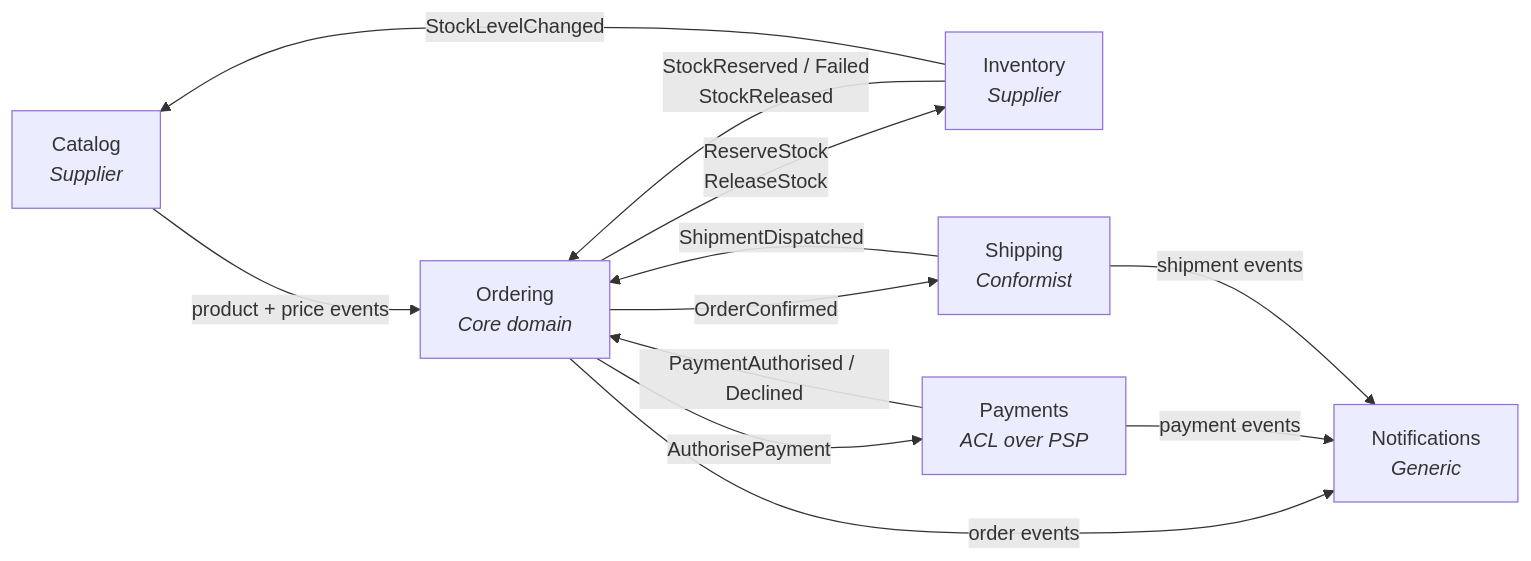
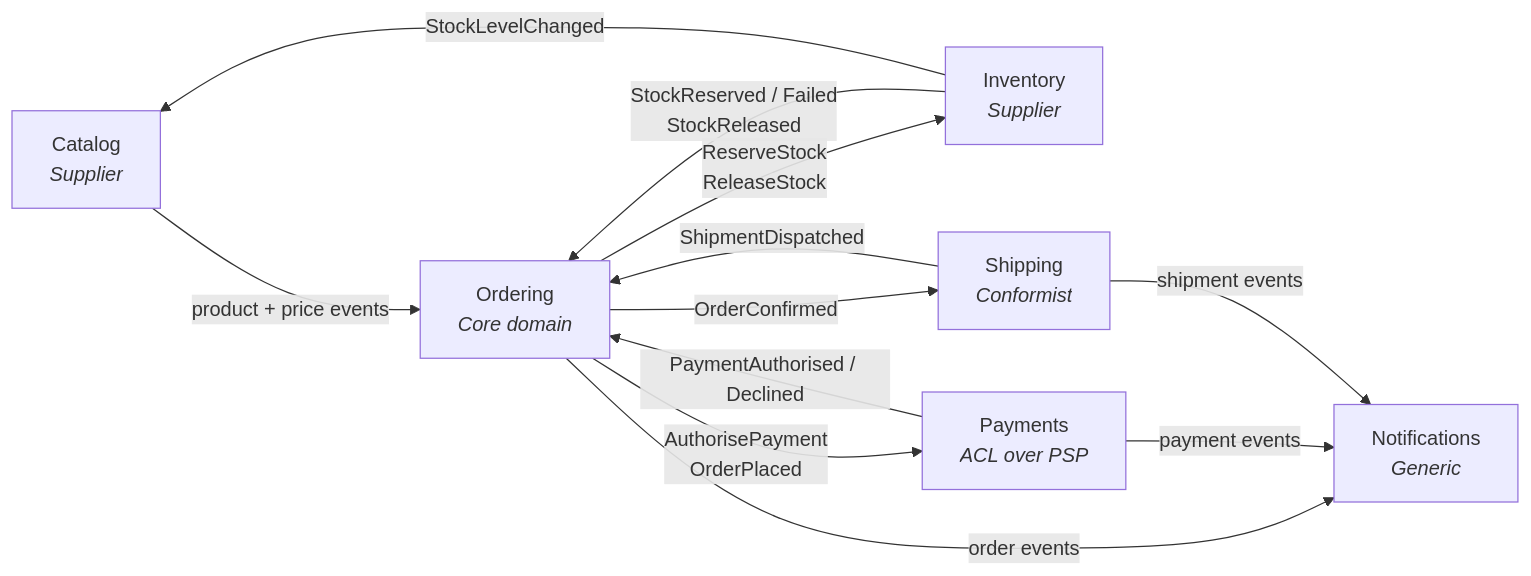
The diagram in docs/backend-architecture/03-bounded-contexts.md (alexander-shamray/dotnet-ddd-blueprint), drawn with Mermaid before and after one commit. The commit also changed other lines of this file and 5 other files, not shown here.

````diff
--- a/docs/backend-architecture/03-bounded-contexts.md
+++ b/docs/backend-architecture/03-bounded-contexts.md
@@ -10,21 +10,21 @@
 ```mermaid
 graph LR
     CAT[Catalog<br/><i>Supplier</i>]
     ORD[Ordering<br/><i>Core domain</i>]
     INV[Inventory<br/><i>Supplier</i>]
     PAY[Payments<br/><i>ACL over PSP</i>]
     SHP[Shipping<br/><i>Conformist</i>]
     NOT[Notifications<br/><i>Generic</i>]
 
     CAT -->|product + price events| ORD
     ORD -->|ReserveStock<br/>ReleaseStock| INV
     INV -->|StockReserved / Failed<br/>StockReleased| ORD
-    ORD -->|AuthorisePayment| PAY
+    ORD -->|AuthorisePayment<br/>OrderPlaced| PAY
     PAY -->|PaymentAuthorised / Declined| ORD
     ORD -->|OrderConfirmed| SHP
     SHP -->|ShipmentDispatched| ORD
     ORD -->|order events| NOT
     PAY -->|payment events| NOT
     INV -->|StockLevelChanged| CAT
     SHP -->|shipment events| NOT
 ```
````
